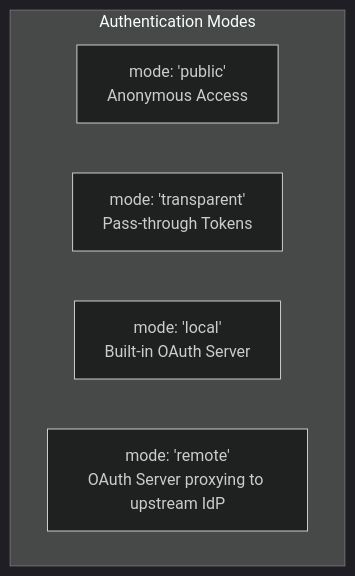
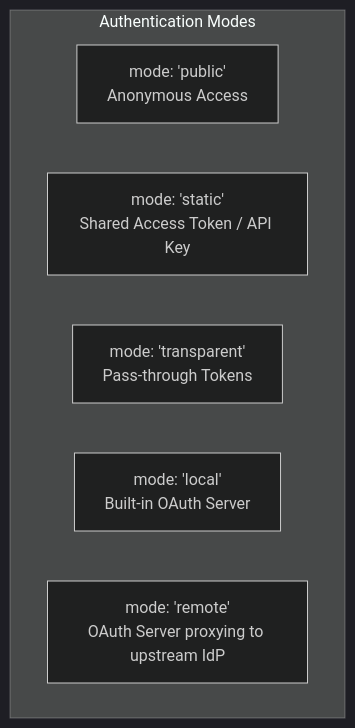
Before and after one commit to agentfront/frontmcp: the first of 6 diagrams in docs/frontmcp/authentication/modes.mdx, drawn with Mermaid (dark theme). The commit also changed other lines of this file and 34 other files, not shown here.

First line of the commit message:
fix(testing,auth): load .env in test, conditional skip, entryPath, static auth mode (#549)

````diff
--- a/docs/frontmcp/authentication/modes.mdx
+++ b/docs/frontmcp/authentication/modes.mdx
@@ -16,9 +16,10 @@
 ```mermaid
 graph TB
     subgraph "Authentication Modes"
         Public["mode: 'public'<br/>Anonymous Access"]
+        Static["mode: 'static'<br/>Shared Access Token / API Key"]
         Transparent["mode: 'transparent'<br/>Pass-through Tokens"]
         Local["mode: 'local'<br/>Built-in OAuth Server"]
         Remote["mode: 'remote'<br/>OAuth Server proxying to upstream IdP"]
     end
 ```
````
